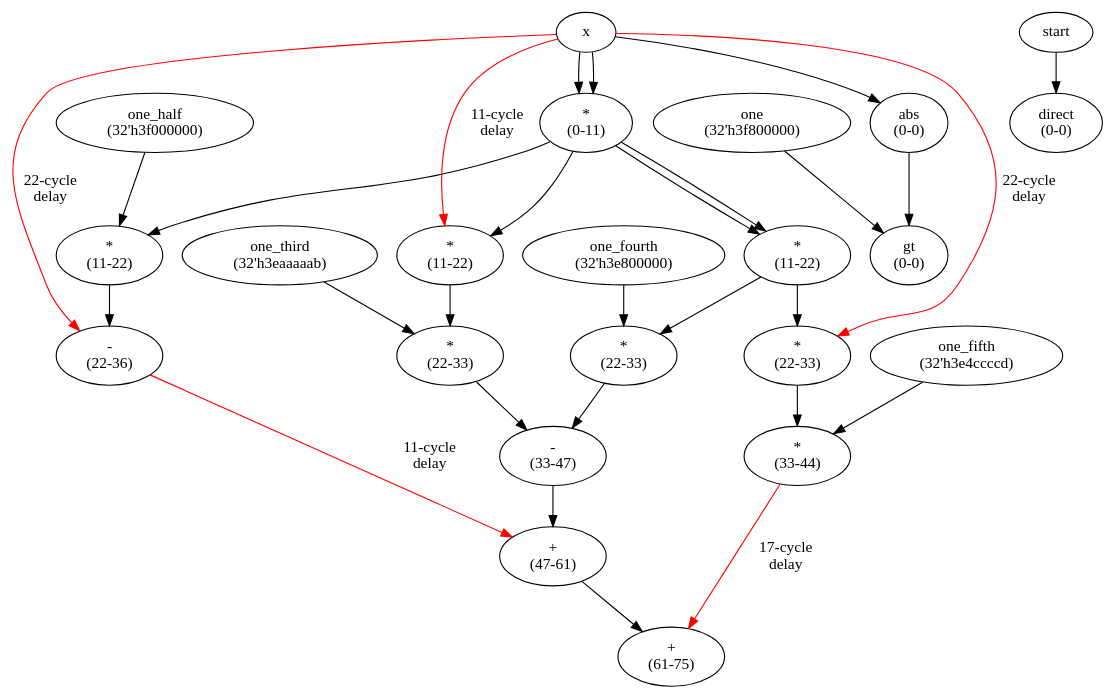
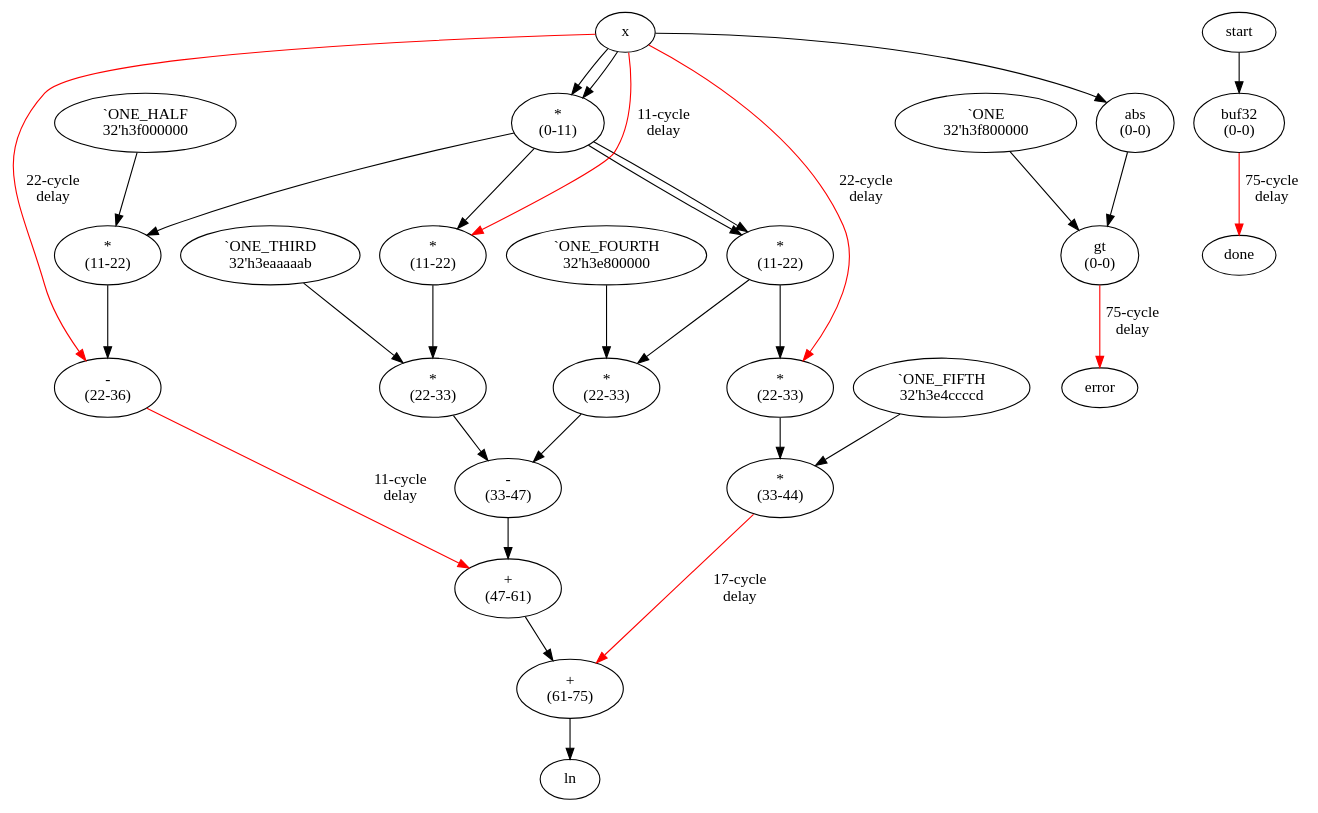
One commit to jpouellet/pipeliner changed the diagram in ln_fast_core.gv. Above: the diagram before and after it, drawn with Graphviz. The commit also changed 9 other files, not shown here.

```diff
--- a/ln_fast_core.gv
+++ b/ln_fast_core.gv
@@ -1,70 +1,76 @@
 digraph {
-	"one_half" [label="one_half
-(32'h3f000000)"]
-	"one_third" [label="one_third
-(32'h3eaaaaab)"]
-	"one_fifth" [label="one_fifth
-(32'h3e4ccccd)"]
-	"one_fourth" [label="one_fourth
-(32'h3e800000)"]
-	"one" [label="one
-(32'h3f800000)"]
-	"done" [label="direct
+	"ONE_HALF" [label="`ONE_HALF
+32'h3f000000"]
+	"ONE_THIRD" [label="`ONE_THIRD
+32'h3eaaaaab"]
+	"ONE_FOURTH" [label="`ONE_FOURTH
+32'h3e800000"]
+	"ONE_FIFTH" [label="`ONE_FIFTH
+32'h3e4ccccd"]
+	"ONE" [label="`ONE
+32'h3f800000"]
+	"ln output" [label="ln"]
+	"done output" [label="done"]
+	"error output" [label="error"]
+	"done" [label="buf32
 (0-0)"]
 	"x_abs" [label="abs
 (0-0)"]
 	"error" [label="gt
 (0-0)"]
 	"e2" [label="*
 (0-11)"]
 	"t2" [label="*
 (11-22)"]
 	"e3" [label="*
 (11-22)"]
 	"e4" [label="*
 (11-22)"]
 	"s12" [label="-
 (22-36)"]
 	"e5" [label="*
 (22-33)"]
 	"t3" [label="*
 (22-33)"]
 	"t4" [label="*
 (22-33)"]
 	"s34" [label="-
 (33-47)"]
 	"t5" [label="*
 (33-44)"]
 	"s1234" [label="+
 (47-61)"]
 	"ln" [label="+
 (61-75)"]
 	"start" -> "done";
 	"x" -> "x_abs";
 	"x_abs" -> "error";
-	"one" -> "error";
+	"ONE" -> "error";
 	"x" -> "e2";
 	"x" -> "e2";
 	"e2" -> "t2";
-	"one_half" -> "t2";
+	"ONE_HALF" -> "t2";
 	"e2" -> "e3";
 	"x" -> "e3" [label="11-cycle\ndelay", color=red];
 	"e2" -> "e4";
 	"e2" -> "e4";
 	"x" -> "s12" [label="22-cycle\ndelay", color=red];
 	"t2" -> "s12";
 	"e4" -> "e5";
 	"x" -> "e5" [label="22-cycle\ndelay", color=red];
 	"e3" -> "t3";
-	"one_third" -> "t3";
+	"ONE_THIRD" -> "t3";
 	"e4" -> "t4";
-	"one_fourth" -> "t4";
+	"ONE_FOURTH" -> "t4";
 	"t3" -> "s34";
 	"t4" -> "s34";
 	"e5" -> "t5";
-	"one_fifth" -> "t5";
+	"ONE_FIFTH" -> "t5";
 	"s12" -> "s1234" [label="11-cycle\ndelay", color=red];
 	"s34" -> "s1234";
 	"s1234" -> "ln";
 	"t5" -> "ln" [label="17-cycle\ndelay", color=red];
+	"ln" -> "ln output";
+	"done" -> "done output" [label="75-cycle\ndelay", color=red];
+	"error" -> "error output" [label="75-cycle\ndelay", color=red];
 }
```
